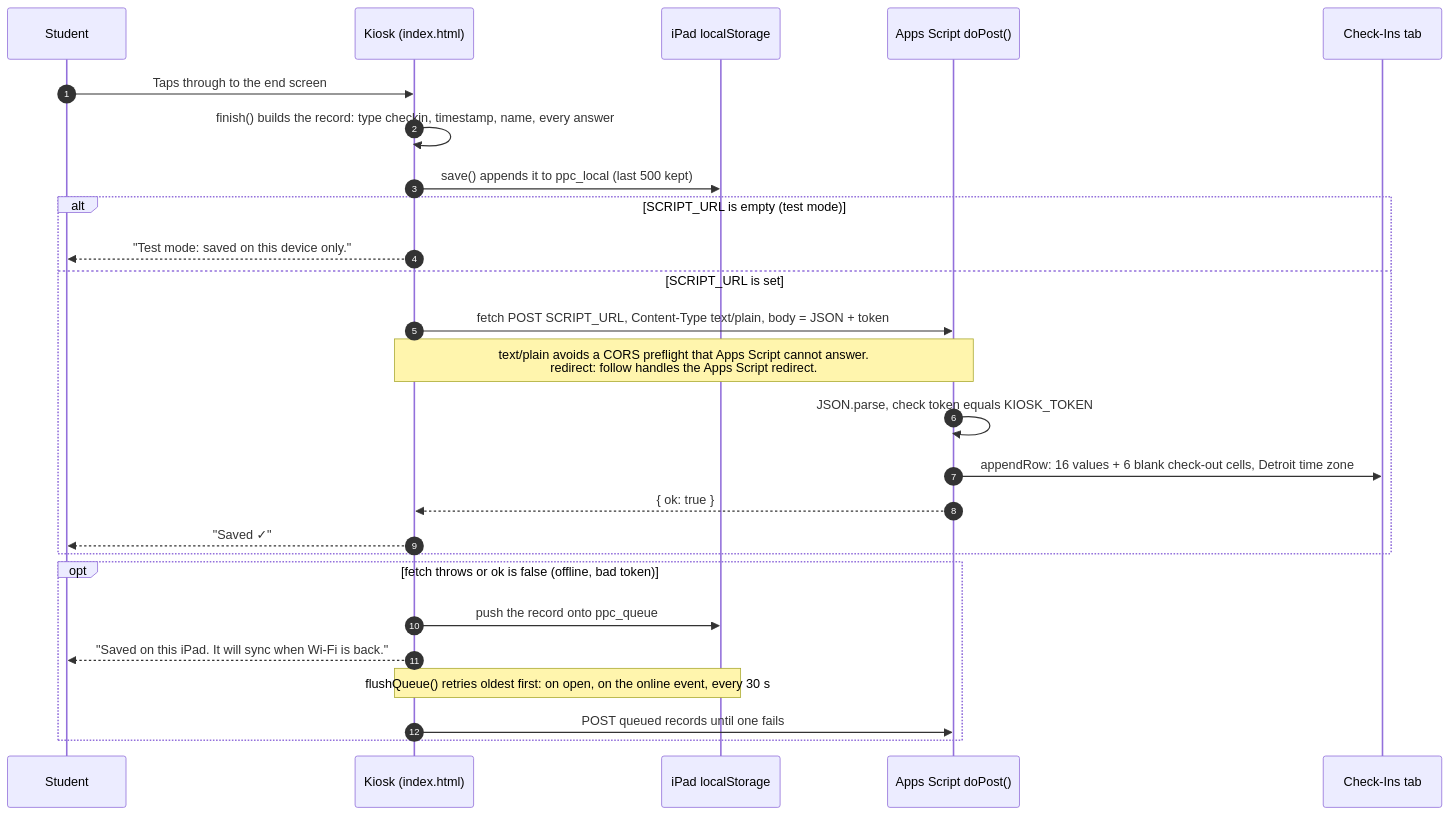
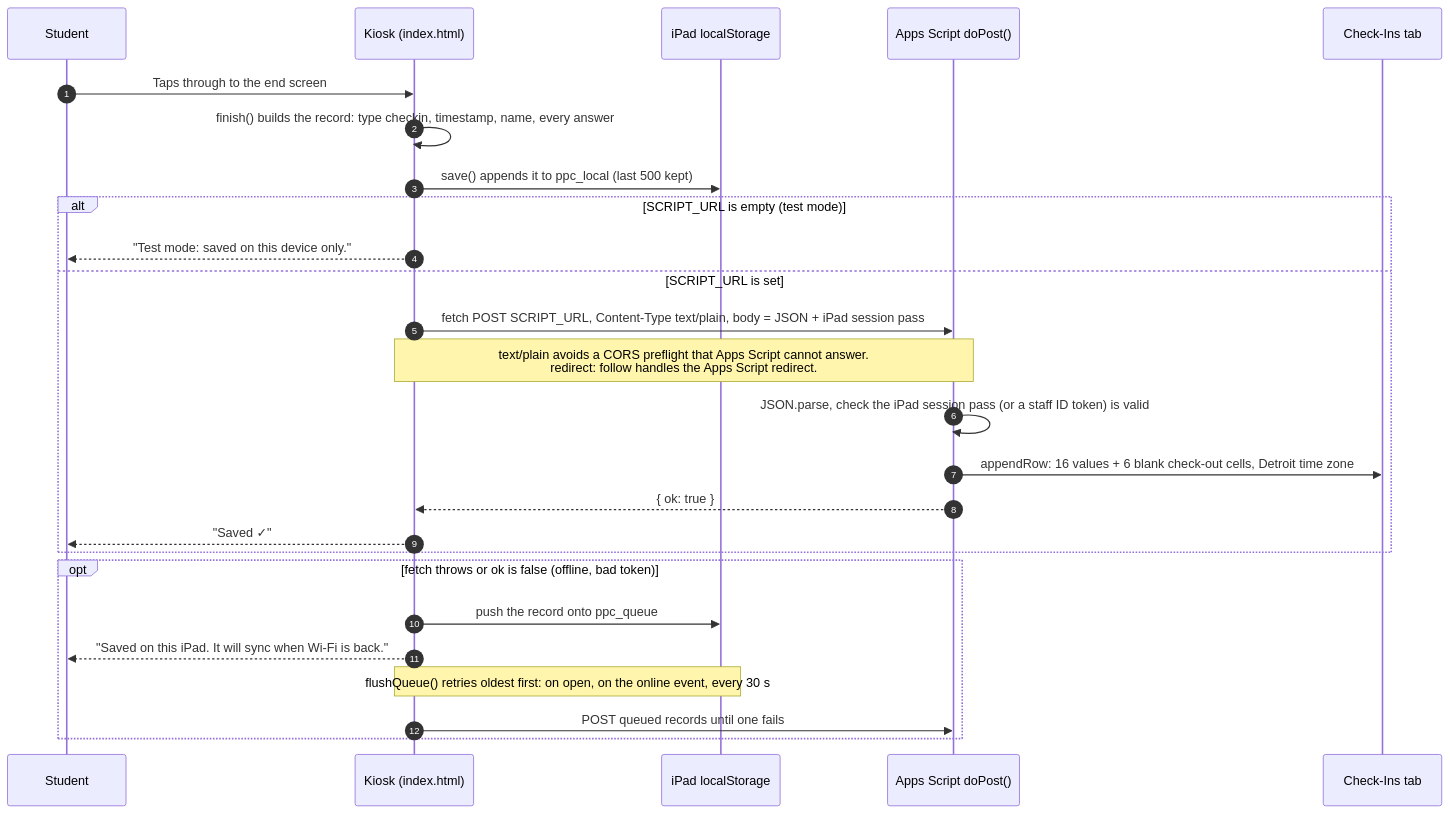
The second of 3 diagrams in README.md (REMC12W/panther-pride-checkin), drawn with Mermaid before and after one commit. The commit also changed other lines of this file and 5 other files, not shown here.

First line of the commit message:
Require a signed-in Parchment staff account for every write; drop the public kiosk token

````diff
--- a/README.md
+++ b/README.md
@@ -95,29 +95,29 @@
 ```mermaid
 sequenceDiagram
   autonumber
   participant S as Student
   participant K as Kiosk (index.html)
   participant L as iPad localStorage
   participant A as Apps Script doPost()
   participant T as Check-Ins tab
 
   S->>K: Taps through to the end screen
   K->>K: finish() builds the record: type checkin, timestamp, name, every answer
   K->>L: save() appends it to ppc_local (last 500 kept)
   alt SCRIPT_URL is empty (test mode)
     K-->>S: "Test mode: saved on this device only."
   else SCRIPT_URL is set
-    K->>A: fetch POST SCRIPT_URL, Content-Type text/plain, body = JSON + token
+    K->>A: fetch POST SCRIPT_URL, Content-Type text/plain, body = JSON + iPad session pass
     Note over K,A: text/plain avoids a CORS preflight that Apps Script cannot answer.<br/>redirect: follow handles the Apps Script redirect.
-    A->>A: JSON.parse, check token equals KIOSK_TOKEN
+    A->>A: JSON.parse, check the iPad session pass (or a staff ID token) is valid
     A->>T: appendRow: 16 values + 6 blank check-out cells, Detroit time zone
     A-->>K: { ok: true }
     K-->>S: "Saved ✓"
   end
   opt fetch throws or ok is false (offline, bad token)
     K->>L: push the record onto ppc_queue
     K-->>S: "Saved on this iPad. It will sync when Wi-Fi is back."
     Note over K,L: flushQueue() retries oldest first: on open, on the online event, every 30 s
     K->>A: POST queued records until one fails
   end
 ```
````
